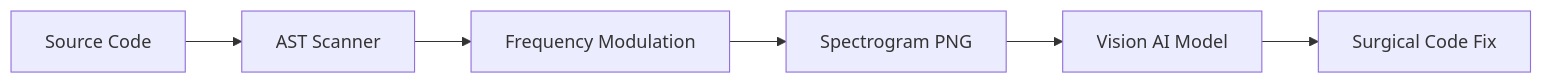
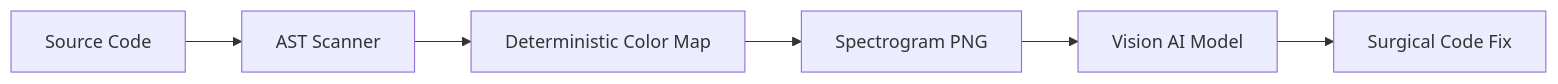
Before and after one commit to FDiskas/sonic-boom: the diagram in README.md, drawn with Mermaid. The commit also changed other lines of this file and 8 other files, not shown here.

````diff
--- a/README.md
+++ b/README.md
@@ -17,8 +17,8 @@
 ```mermaid
 graph LR
     Code[Source Code] --> Scanner[AST Scanner]
-    Scanner --> Freq[Frequency Modulation]
-    Freq --> PNG[Spectrogram PNG]
+    Scanner --> Map[Deterministic Color Map]
+    Map --> PNG[Spectrogram PNG]
     PNG --> AI[Vision AI Model]
     AI --> Fix[Surgical Code Fix]
 ```
````
